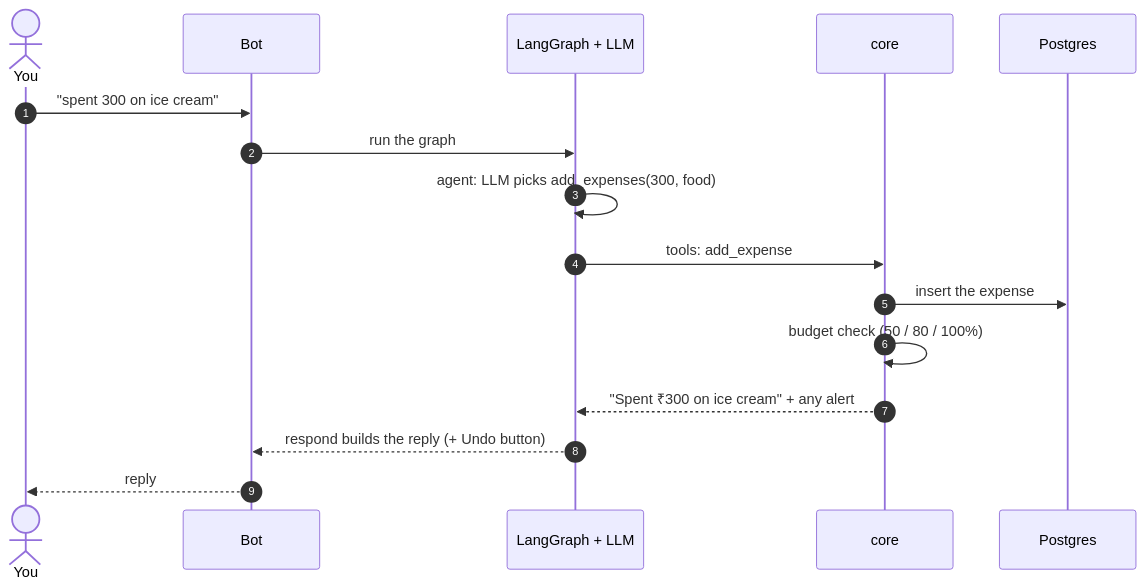
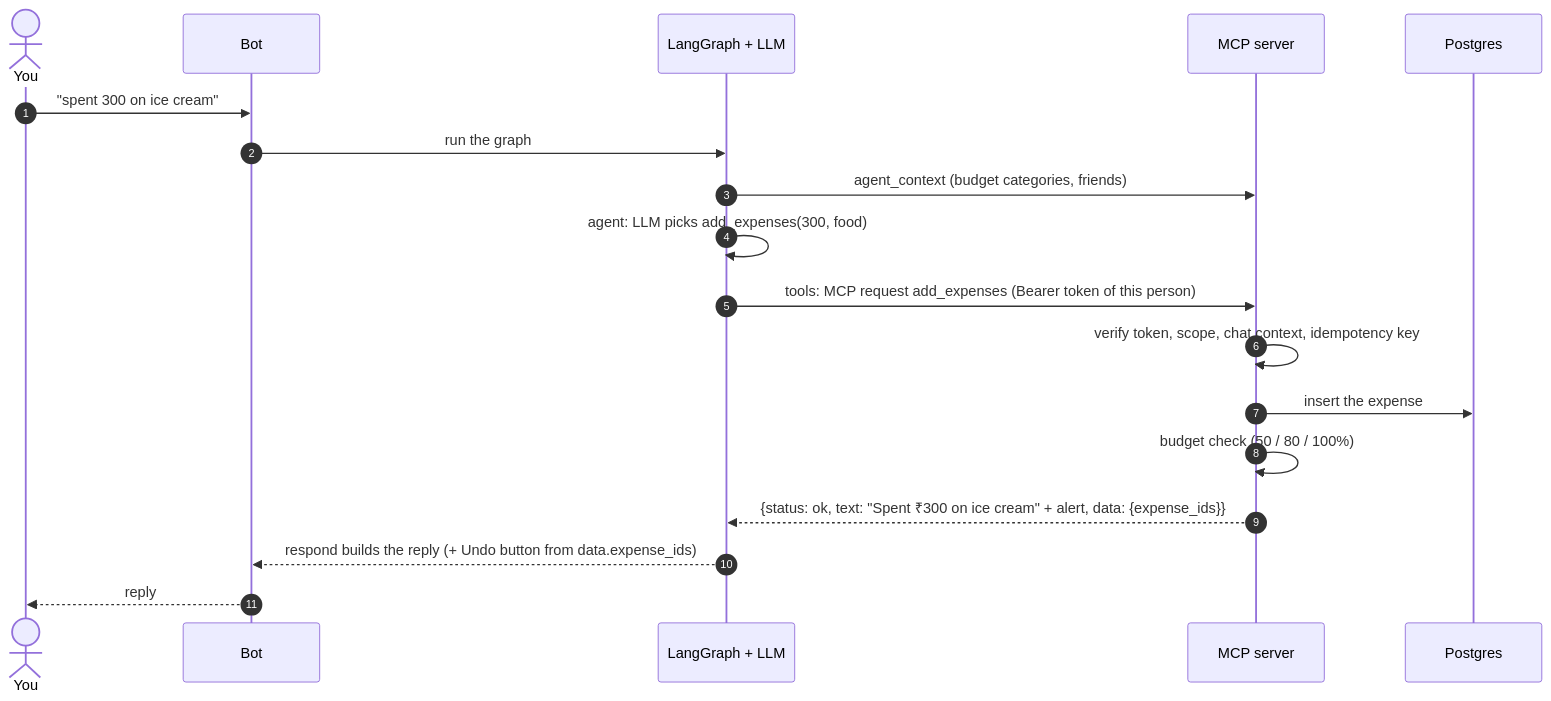
The second of 12 diagrams in docs/FLOWS.md (yeturu-surya-fission/Expense_Tracker), drawn with Mermaid before and after one commit. The commit also changed other lines of this file and 132 other files, not shown here.

````diff
--- a/docs/FLOWS.md
+++ b/docs/FLOWS.md
@@ -52,19 +56,21 @@
 ```mermaid
 sequenceDiagram
     autonumber
     actor U as You
     participant B as Bot
     participant G as LangGraph + LLM
-    participant C as core
+    participant M as MCP server
     participant D as Postgres
 
     U->>B: "spent 300 on ice cream"
     B->>G: run the graph
+    G->>M: agent_context (budget categories, friends)
     G->>G: agent: LLM picks add_expenses(300, food)
-    G->>C: tools: add_expense
-    C->>D: insert the expense
-    C->>C: budget check (50 / 80 / 100%)
-    C-->>G: "Spent ₹300 on ice cream" + any alert
-    G-->>B: respond builds the reply (+ Undo button)
+    G->>M: tools: MCP request add_expenses (Bearer token of this person)
+    M->>M: verify token, scope, chat context, idempotency key
+    M->>D: insert the expense
+    M->>M: budget check (50 / 80 / 100%)
+    M-->>G: {status: ok, text: "Spent ₹300 on ice cream" + alert, data: {expense_ids}}
+    G-->>B: respond builds the reply (+ Undo button from data.expense_ids)
     B-->>U: reply
 ```
````
